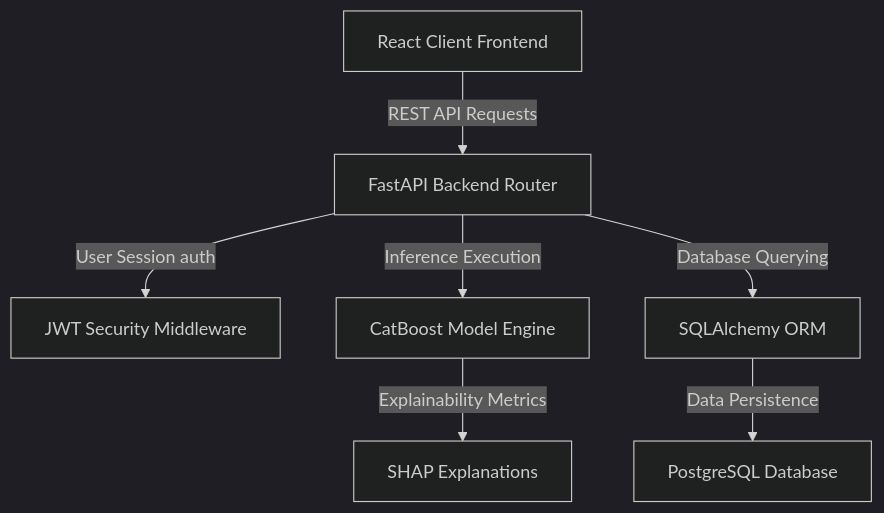
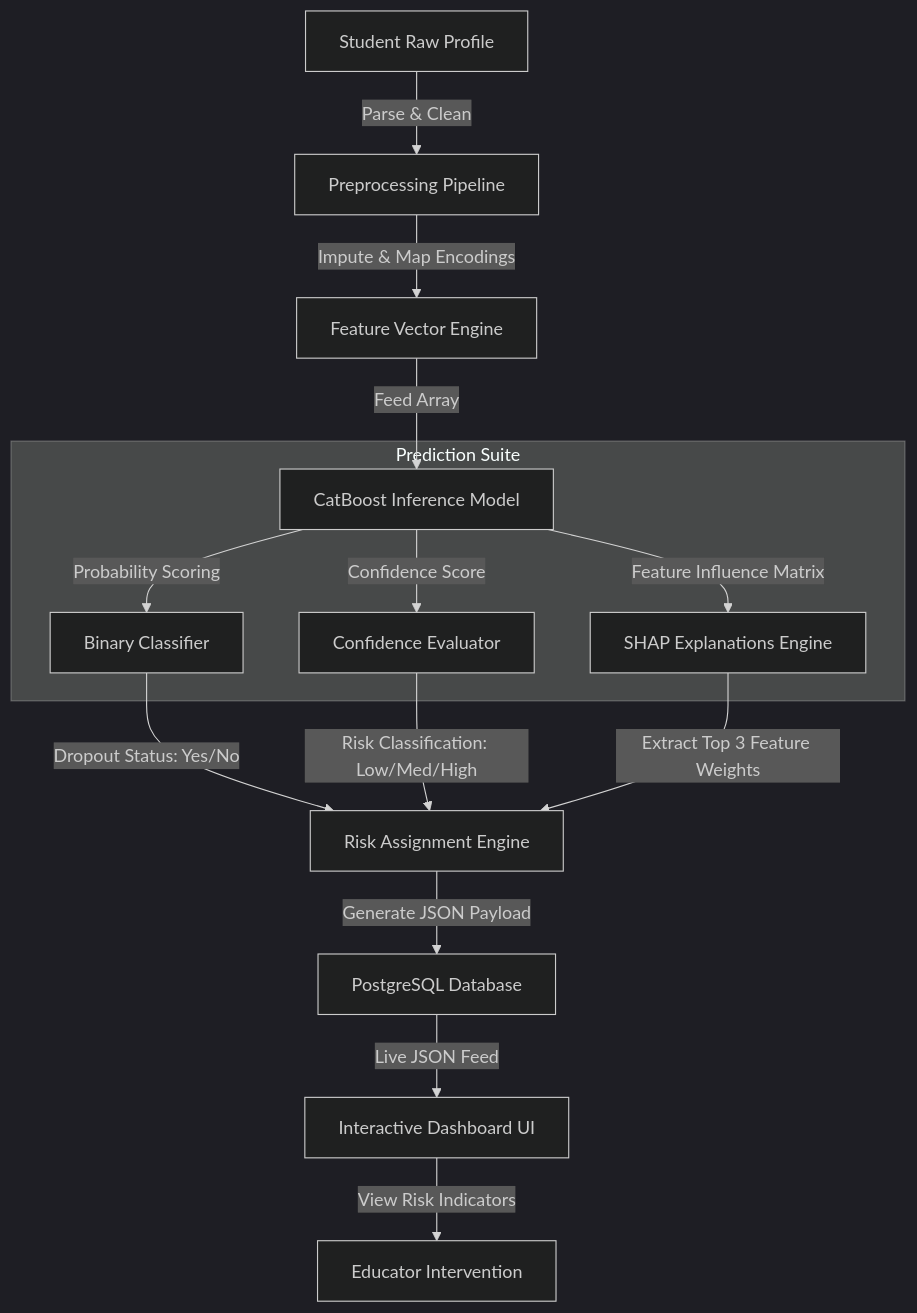
One commit to THILAKESWARAN07/AI-Powered-Student-Dropout-Prediction-System changed the third of 3 diagrams in README.md. Above: the diagram before and after it, drawn with Mermaid (dark theme). The commit also changed other lines of this file, not shown here.

````diff
--- a/README.md
+++ b/README.md
@@ -49,9 +270,21 @@
 ```mermaid
 graph TD
-    A[React Client Frontend] -->|REST API Requests| B[FastAPI Backend Router]
-    B -->|User Session auth| C[JWT Security Middleware]
-    B -->|Inference Execution| D[CatBoost Model Engine]
-    D -->|Explainability Metrics| E[SHAP Explanations]
-    B -->|Database Querying| F[SQLAlchemy ORM]
-    F -->|Data Persistence| G[PostgreSQL Database]
+    A[Student Raw Profile] -->|Parse & Clean| B[Preprocessing Pipeline]
+    B -->|Impute & Map Encodings| C[Feature Vector Engine]
+    C -->|Feed Array| D[CatBoost Inference Model]
+    
+    subgraph Model_Execution_Engine [Prediction Suite]
+        D -->|Probability Scoring| E[Binary Classifier]
+        D -->|Confidence Score| F[Confidence Evaluator]
+        D -->|Feature Influence Matrix| G[SHAP Explanations Engine]
+    end
+
+    E -->|Dropout Status: Yes/No| H[Risk Assignment Engine]
+    F -->|Risk Classification: Low/Med/High| H
+    G -->|Extract Top 3 Feature Weights| H
+
+    H -->|Generate JSON Payload| I[PostgreSQL Database]
+    I -->|Live JSON Feed| J[Interactive Dashboard UI]
+    
+    J -->|View Risk Indicators| K[Educator Intervention]
 ```
````
